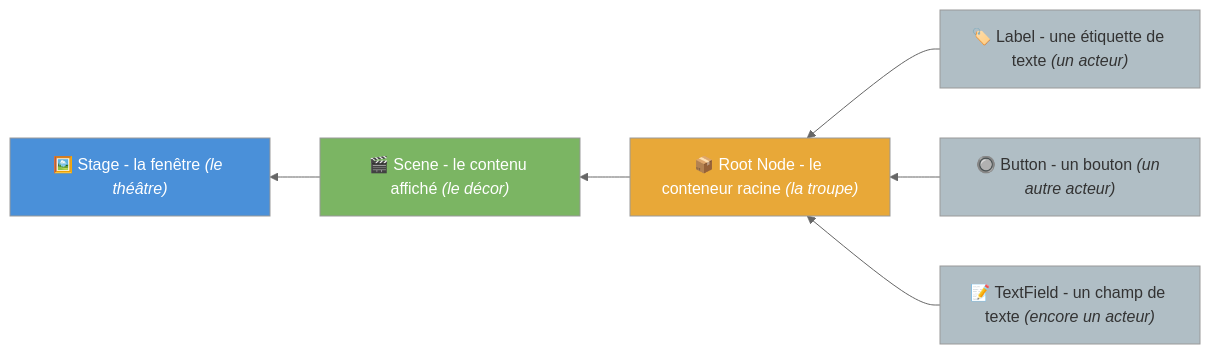
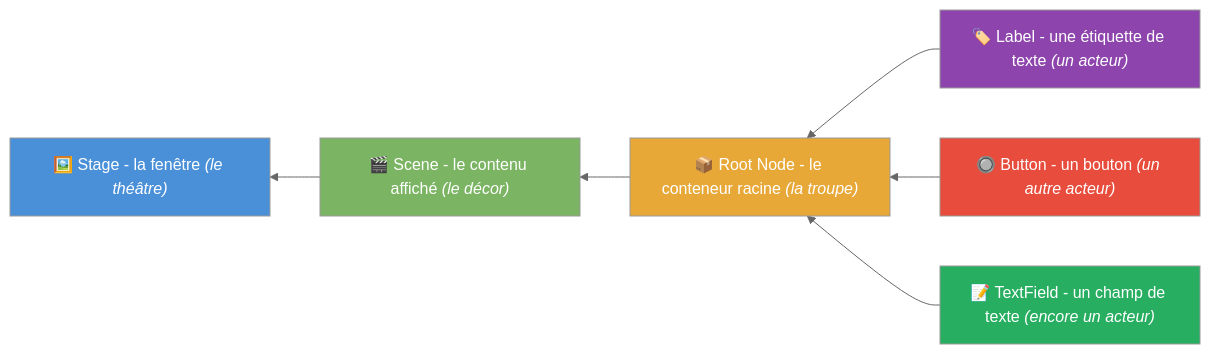
Before and after one commit to IUTInfoAix-R202/cours: the first of 4 diagrams in cm1-fondations-ihm.md, drawn with Mermaid (neutral theme). The commit also changed 1 other file, not shown here.

Commit message:
fix(cm1): couleurs cohérentes Button rouge dans graphe Mermaid et SVG

````diff
--- a/cm1-fondations-ihm.md
+++ b/cm1-fondations-ihm.md
@@ -689,23 +689,23 @@
 ```mermaid
 graph RL
     ST["🖼️ Stage - la fenêtre <i>(le théâtre)</i>"]
     SC["🎬 Scene - le contenu affiché <i>(le décor)</i>"]
     R["📦 Root Node - le conteneur racine <i>(la troupe)</i>"]
     N1["🏷️ Label - une étiquette de texte <i>(un acteur)</i>"]
     N2["🔘 Button - un bouton <i>(un autre acteur)</i>"]
     N3["📝 TextField - un champ de texte <i>(encore un acteur)</i>"]
 
     SC --> ST
     R --> SC
      
     N1 --> R
     N2 --> R
     N3 --> R
 
     style ST fill:#4a90d9,color:white
     style SC fill:#7bb563,color:white
     style R fill:#e8a838,color:white
-    style N1 fill:#b0bec5,color:#333
-    style N2 fill:#b0bec5,color:#333
-    style N3 fill:#b0bec5,color:#333
+    style N1 fill:#8e44ad,color:white
+    style N2 fill:#e74c3c,color:white
+    style N3 fill:#27ae60,color:white
 ```
````
